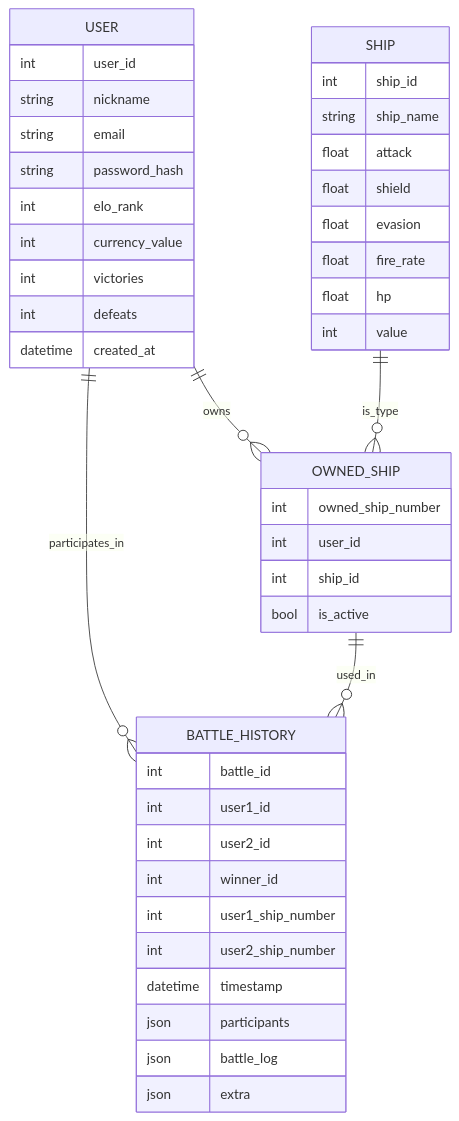
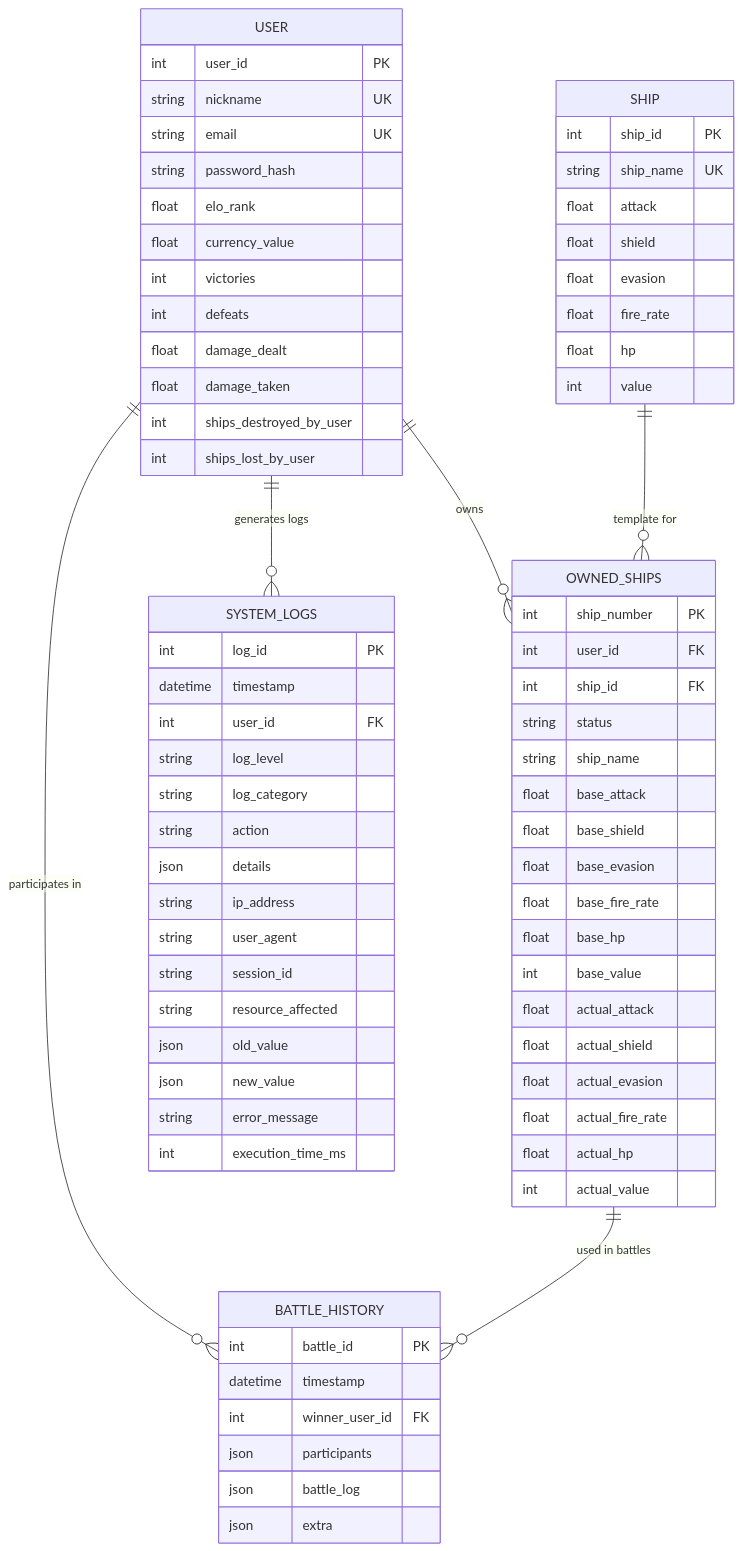
Before and after one commit to FilipePacheco73/Bellum-Astrum: the second of 3 diagrams in README.md, drawn with Mermaid. The commit also changed other lines of this file and 32 other files, not shown here.

````diff
--- a/README.md
+++ b/README.md
@@ -154,46 +295,81 @@
 ```mermaid
 erDiagram
-    USER ||--o{ OWNED_SHIP : owns
-    USER ||--o{ BATTLE_HISTORY : participates_in
-    SHIP ||--o{ OWNED_SHIP : is_type
-    OWNED_SHIP ||--o{ BATTLE_HISTORY : used_in
+    USER ||--o{ OWNED_SHIPS : owns
+    USER ||--o{ BATTLE_HISTORY : "participates in"
+    USER ||--o{ SYSTEM_LOGS : "generates logs"
+    SHIP ||--o{ OWNED_SHIPS : "template for"
+    OWNED_SHIPS ||--o{ BATTLE_HISTORY : "used in battles"
+    
     USER {
-        int user_id
-        string nickname
-        string email
+        int user_id PK
+        string nickname UK
+        string email UK
         string password_hash
-        int elo_rank
-        int currency_value
+        float elo_rank
+        float currency_value
         int victories
         int defeats
-        datetime created_at
+        float damage_dealt
+        float damage_taken
+        int ships_destroyed_by_user
+        int ships_lost_by_user
     }
+    
     SHIP {
-        int ship_id
-        string ship_name
+        int ship_id PK
+        string ship_name UK
         float attack
         float shield
         float evasion
         float fire_rate
         float hp
         int value
     }
-    OWNED_SHIP {
-        int owned_ship_number
-        int user_id
-        int ship_id
-        bool is_active
+    
+    OWNED_SHIPS {
+        int ship_number PK
+        int user_id FK
+        int ship_id FK
+        string status
+        string ship_name
+        float base_attack
+        float base_shield
+        float base_evasion
+        float base_fire_rate
+        float base_hp
+        int base_value
+        float actual_attack
+        float actual_shield
+        float actual_evasion
+        float actual_fire_rate
+        float actual_hp
+        int actual_value
     }
+    
     BATTLE_HISTORY {
-        int battle_id
-        int user1_id
-        int user2_id
-        int winner_id
-        int user1_ship_number
-        int user2_ship_number
+        int battle_id PK
         datetime timestamp
+        int winner_user_id FK
         json participants
         json battle_log
         json extra
     }
+    
+    SYSTEM_LOGS {
+        int log_id PK
+        datetime timestamp
+        int user_id FK
+        string log_level
+        string log_category
+        string action
+        json details
+        string ip_address
+        string user_agent
+        string session_id
+        string resource_affected
+        json old_value
+        json new_value
+        string error_message
+        int execution_time_ms
+    }
 ```
````
